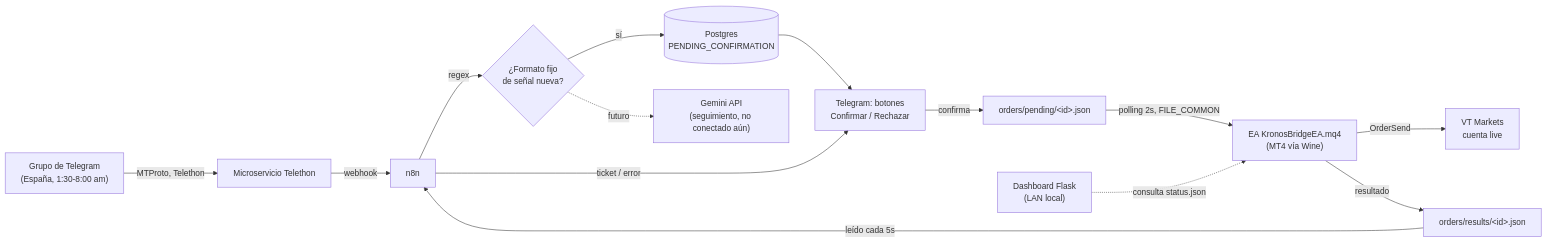
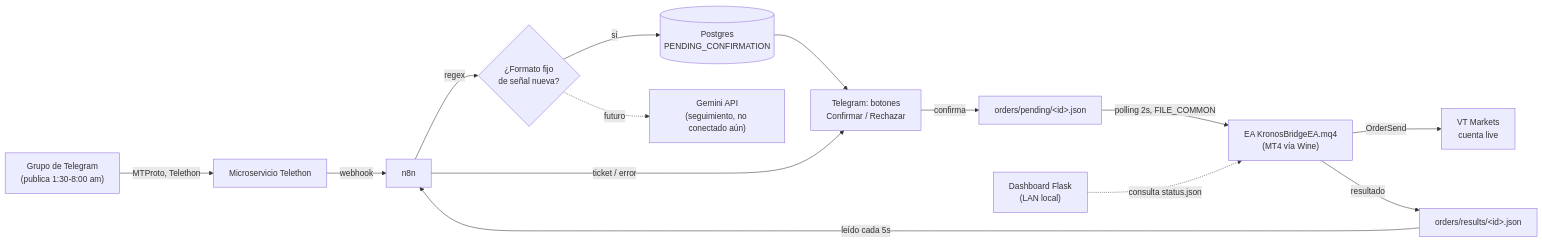
Before and after one commit to alejandro-xoxo/Kronos_Bot: the diagram in docs/versions/v1.md, drawn with Mermaid. The commit also changed other lines of this file and 2 other files, not shown here.

Commit message:
docs: actualizar README a v2 y sacar datos identificatorios del grupo VIP
- README: badges/estado actualizados a v2 (era v1, desactualizado);
  agrega imagen del dashboard; 'cómo funciona' ahora refleja la
  auto-confirmación de v2, no solo el flujo manual de v1.
- Captura 01-senal-en-el-grupo.png recortada: mostraba el nombre real
  del grupo de Telegram y su cantidad de suscriptores en el header y
  footer — se saca esa parte, queda solo el contenido de la señal.
- v1.md: se genericen 'España' y '~3900 suscriptores' en el diagrama
  y en retos técnicos — no hace falta identificar el grupo real para
  explicar el problema técnico que resolvieron.

````diff
--- a/docs/versions/v1.md
+++ b/docs/versions/v1.md
@@ -61,16 +61,16 @@
 ```mermaid
 flowchart LR
-    TG["Grupo de Telegram<br/>(España, 1:30-8:00 am)"] -->|MTProto, Telethon| TL[Microservicio Telethon]
+    TG["Grupo de Telegram<br/>(publica 1:30-8:00 am)"] -->|MTProto, Telethon| TL[Microservicio Telethon]
     TL -->|webhook| N8N[n8n]
     N8N -->|regex| PARSE{"¿Formato fijo<br/>de señal nueva?"}
     PARSE -->|sí| PG[(Postgres<br/>PENDING_CONFIRMATION)]
     PARSE -.->|futuro| GEM["Gemini API<br/>(seguimiento, no conectado aún)"]
     PG --> BOT["Telegram: botones<br/>Confirmar / Rechazar"]
     BOT -->|confirma| ORDER["orders/pending/&lt;id&gt;.json"]
     ORDER -->|polling 2s, FILE_COMMON| EA["EA KronosBridgeEA.mq4<br/>(MT4 vía Wine)"]
     EA -->|OrderSend| VT["VT Markets<br/>cuenta live"]
     EA -->|resultado| RES["orders/results/&lt;id&gt;.json"]
     RES -->|leído cada 5s| N8N
     N8N -->|ticket / error| BOT
     DASH["Dashboard Flask<br/>(LAN local)"] -.->|consulta status.json| EA
 ```
````
